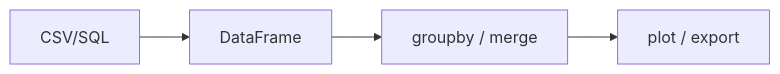
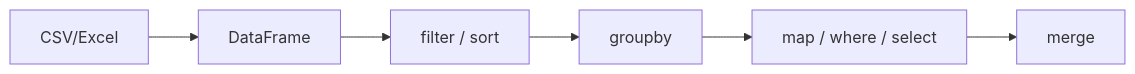
The diagram in konspekty/modul-07/03-pandas.md (ValieriiaNovosad/genius-test), drawn with Mermaid before and after one commit. The commit also changed other lines of this file and 9 other files, not shown here.

````diff
--- a/konspekty/modul-07/03-pandas.md
+++ b/konspekty/modul-07/03-pandas.md
@@ -36,6 +32,8 @@
 ```mermaid
 flowchart LR
-  CSV[CSV/SQL] --> DF[DataFrame]
-  DF --> G[groupby / merge]
-  G --> Viz[plot / export]
+  CSV[CSV/Excel] --> DF[DataFrame]
+  DF --> F[filter / sort]
+  F --> G[groupby]
+  G --> M[map / where / select]
+  M --> Join[merge]
 ```
````
